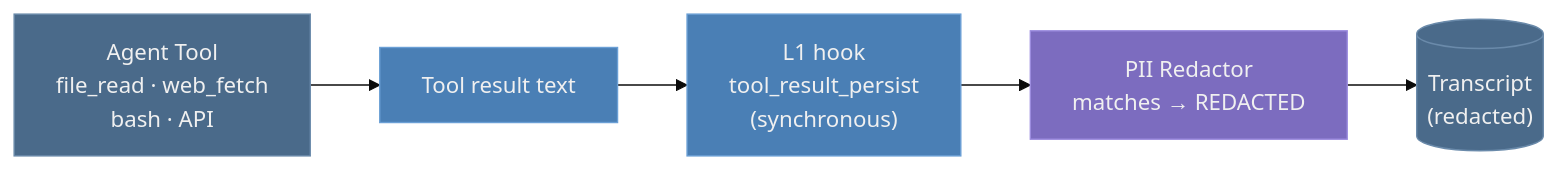
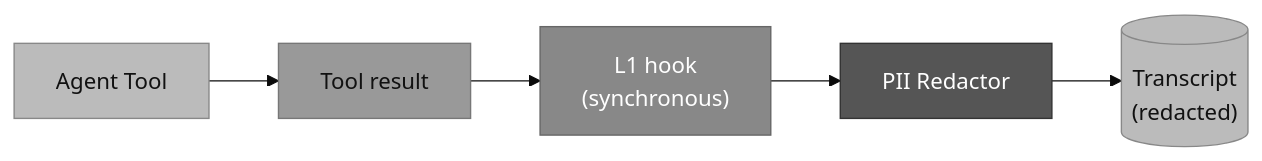
The eighth of 14 diagrams in ARCHITECTURE.md (OpenObscure/OpenObscure), drawn with Mermaid (base theme) before and after one commit. The commit also changed other lines of this file and 4 other files, not shown here.

First line of the commit message:
Convert all mermaid diagrams to grayscale and fix text/box overlaps

````diff
--- a/ARCHITECTURE.md
+++ b/ARCHITECTURE.md
@@ -298,14 +298,14 @@
 ```mermaid
 flowchart LR
-    tool["Agent Tool<br>file_read · web_fetch<br>bash · API"]
-    tool --> result["Tool result text"]
-    result --> hook["L1 hook<br>tool_result_persist<br>(synchronous)"]
-    hook --> redact["PII Redactor<br>matches → REDACTED"]
-    redact --> persist[("Transcript<br>(redacted)")]
+    tool["Agent Tool"]
+    tool --> result["Tool result"]
+    result --> hook["L1 hook\n(synchronous)"]
+    hook --> redact["PII Redactor"]
+    redact --> persist[("Transcript\n(redacted)")]
 
-    style tool fill:#4a6a8a,stroke:#6a8aaa,color:#f0f0f0
-    style result fill:#4a7fb5,stroke:#6a9fd5,color:#f0f0f0
-    style hook fill:#4a7fb5,stroke:#6a9fd5,color:#f0f0f0
-    style redact fill:#7c6cbf,stroke:#9c8cdf,color:#f0f0f0
-    style persist fill:#4a6a8a,stroke:#6a8aaa,color:#f0f0f0
+    style tool fill:#bbb,stroke:#888,color:#111
+    style result fill:#999,stroke:#777,color:#111
+    style hook fill:#888,stroke:#666,color:#fff
+    style redact fill:#555,stroke:#333,color:#fff
+    style persist fill:#bbb,stroke:#888,color:#111
 ```
````
